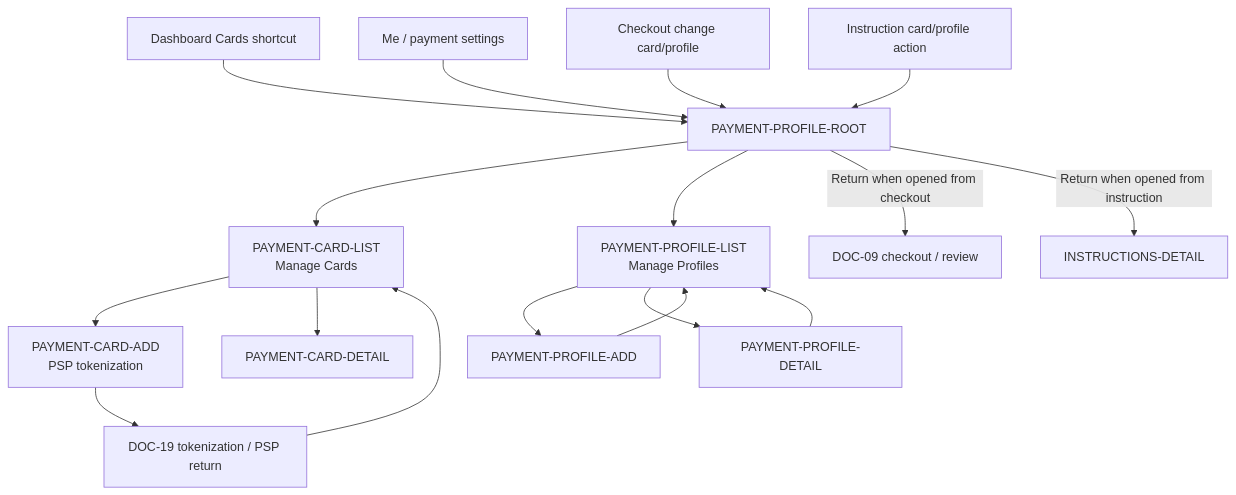
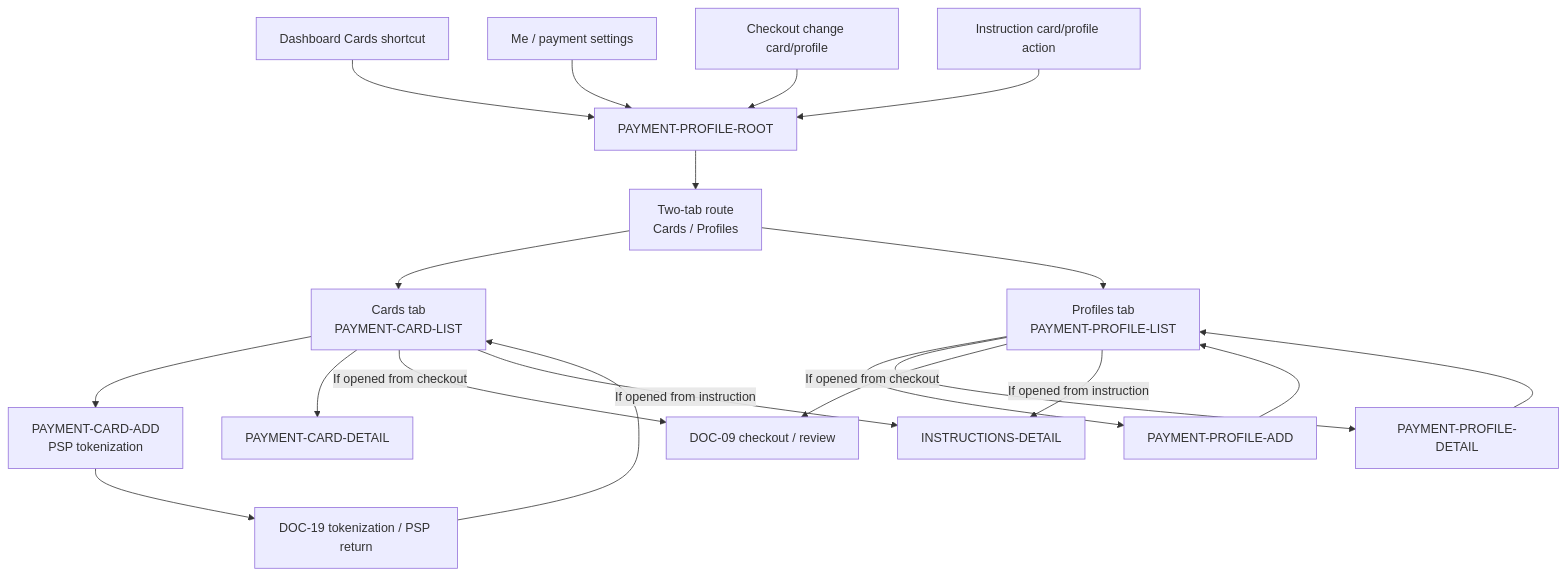
One commit to adminpayplus/payplus-docs changed the fifth of 5 diagrams in docs/diagrams/payplus-app-route-entry-map.md. Above: the diagram before and after it, drawn with Mermaid. The commit also changed other lines of this file and 2 other files, not shown here.

Commit message:
Confirm payment profile two-tab route

````diff
--- a/docs/diagrams/payplus-app-route-entry-map.md
+++ b/docs/diagrams/payplus-app-route-entry-map.md
@@ -137,24 +137,27 @@
 ```mermaid
 flowchart TD
   ENTRY1["Dashboard Cards shortcut"] --> PPROOT["PAYMENT-PROFILE-ROOT"]
   ENTRY2["Me / payment settings"] --> PPROOT
   ENTRY3["Checkout change card/profile"] --> PPROOT
   ENTRY4["Instruction card/profile action"] --> PPROOT
 
-  PPROOT --> CARDS["PAYMENT-CARD-LIST<br/>Manage Cards"]
-  PPROOT --> PROFILES["PAYMENT-PROFILE-LIST<br/>Manage Profiles"]
+  PPROOT --> TABS["Two-tab route<br/>Cards / Profiles"]
+  TABS --> CARDS["Cards tab<br/>PAYMENT-CARD-LIST"]
+  TABS --> PROFILES["Profiles tab<br/>PAYMENT-PROFILE-LIST"]
 
   CARDS --> ADDCARD["PAYMENT-CARD-ADD<br/>PSP tokenization"]
   CARDS --> CARDDETAIL["PAYMENT-CARD-DETAIL"]
   PROFILES --> ADDPROFILE["PAYMENT-PROFILE-ADD"]
   PROFILES --> PROFILEDETAIL["PAYMENT-PROFILE-DETAIL"]
 
   ADDCARD --> TOKEN["DOC-19 tokenization / PSP return"]
   TOKEN --> CARDS
 
   ADDPROFILE --> PROFILES
   PROFILEDETAIL --> PROFILES
 
-  PPROOT -->|"Return when opened from checkout"| CHECKOUT["DOC-09 checkout / review"]
-  PPROOT -->|"Return when opened from instruction"| IDETAIL["INSTRUCTIONS-DETAIL"]
+  CARDS -->|"If opened from checkout"| CHECKOUT["DOC-09 checkout / review"]
+  PROFILES -->|"If opened from checkout"| CHECKOUT
+  CARDS -->|"If opened from instruction"| IDETAIL["INSTRUCTIONS-DETAIL"]
+  PROFILES -->|"If opened from instruction"| IDETAIL
 ```
````
